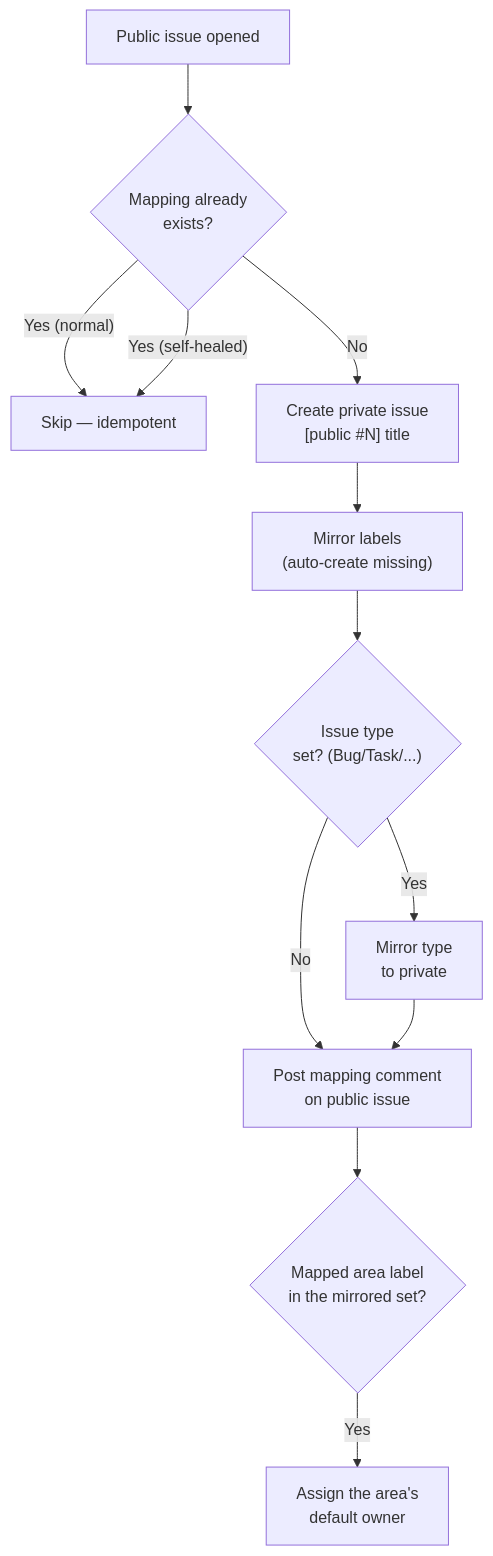
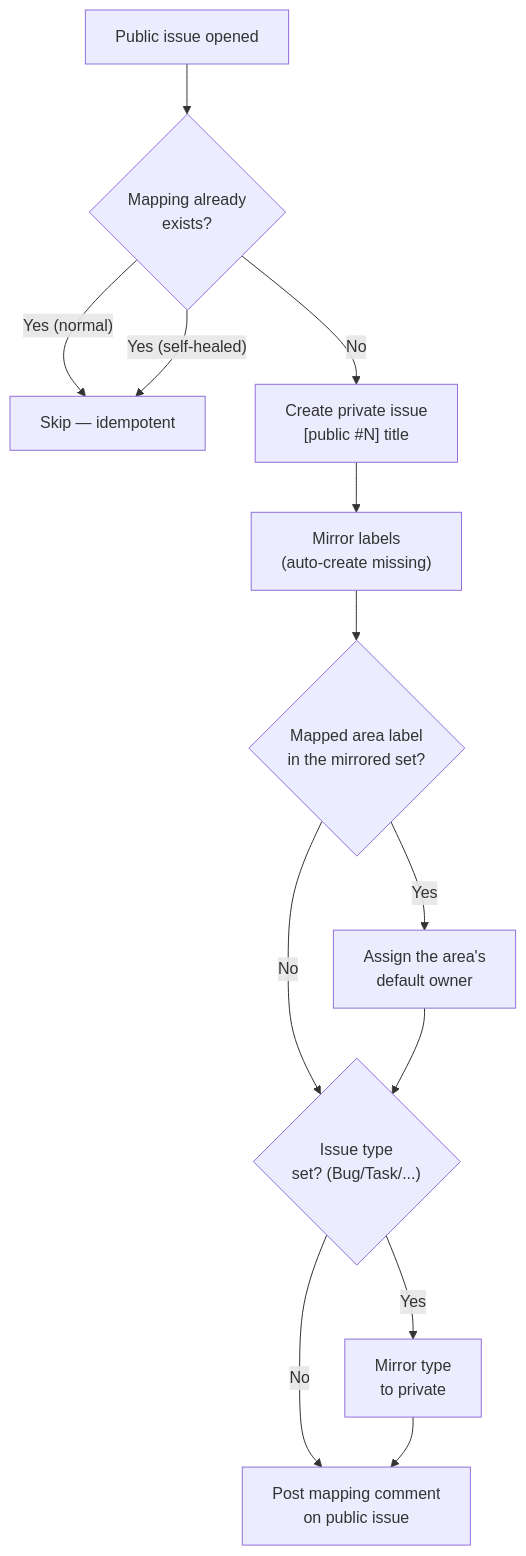
The second of 16 diagrams in FLOWS.md (Magma-Maths/lyrebird), drawn with Mermaid before and after one commit. The commit also changed other lines of this file, not shown here.

First line of the commit message:
docs(flows): match the public-event diagrams to the real call graph

````diff
--- a/FLOWS.md
+++ b/FLOWS.md
@@ -30,14 +30,15 @@
 ```mermaid
 flowchart TD
     A["Public issue opened"] --> B{"Mapping already<br/>exists?"}
     B -- "Yes (normal)" --> Z[Skip — idempotent]
     B -- "Yes (self-healed)" --> Z
     B -- No --> C["Create private issue<br/>[public #N] title"]
     C --> D["Mirror labels<br/>(auto-create missing)"]
-    D --> E{"Issue type<br/>set? (Bug/Task/...)"}
+    D --> H{"Mapped area label<br/>in the mirrored set?"}
+    H -- Yes --> I["Assign the area's<br/>default owner"]
+    H -- No --> E{"Issue type<br/>set? (Bug/Task/...)"}
+    I --> E
     E -- Yes --> F["Mirror type<br/>to private"]
     E -- No --> G["Post mapping comment<br/>on public issue"]
     F --> G
-    G --> H{"Mapped area label<br/>in the mirrored set?"}
-    H -- Yes --> I["Assign the area's<br/>default owner"]
 ```
````
